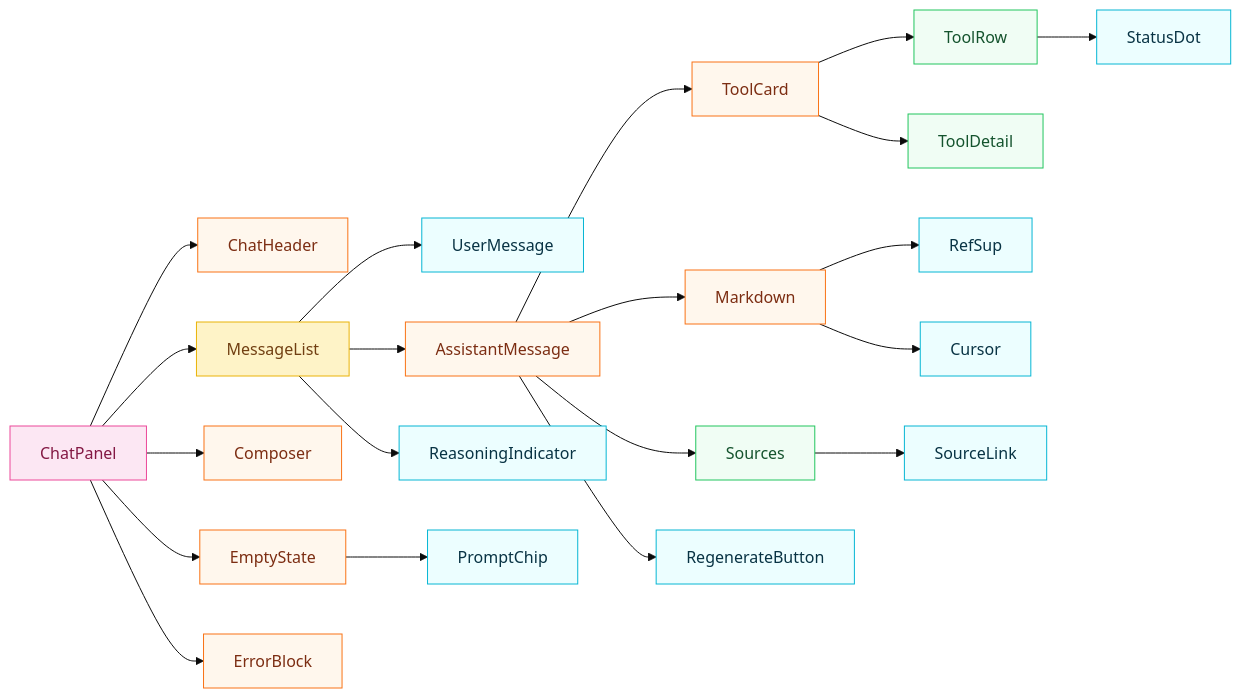
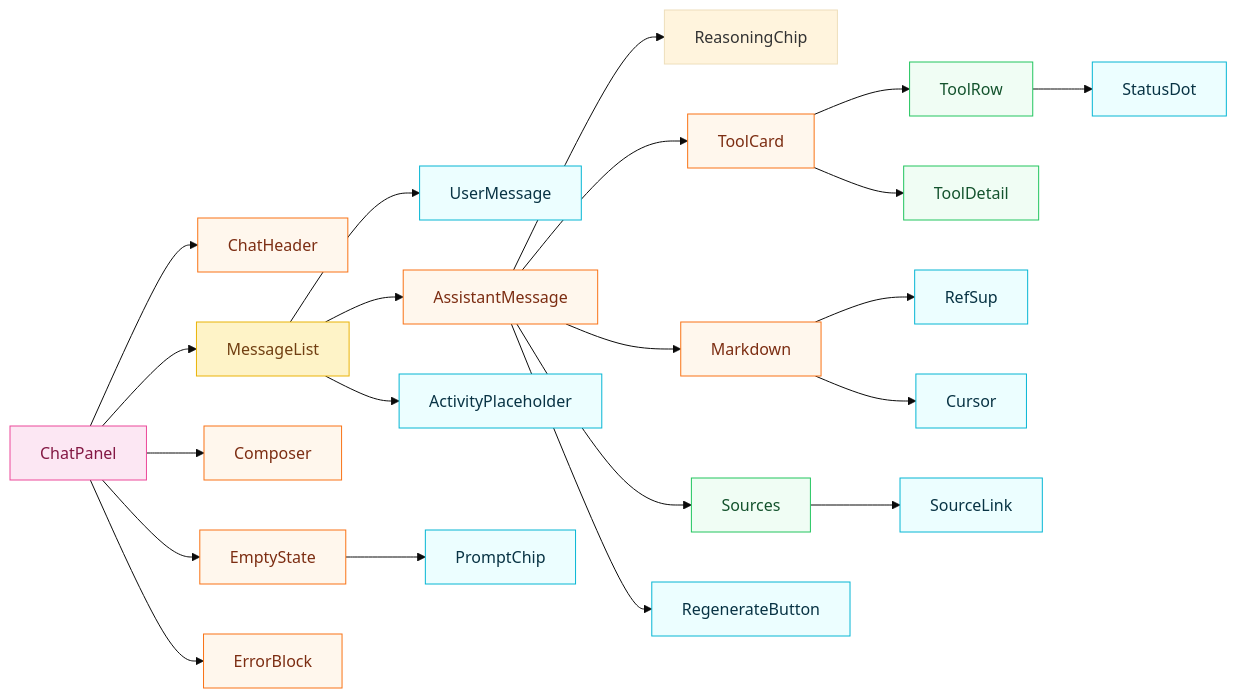
Before and after one commit to wei-yiting/fin-lab-x: the second of 4 diagrams in docs/frontend_chat_architecture.md, drawn with Mermaid (base theme). The commit also changed other lines of this file and 39 other files, not shown here.

First line of the commit message:
feat(frontend): reasoning chips + activity placeholder replace 19-state indicator (DEV-106 F6')

````diff
--- a/docs/frontend_chat_architecture.md
+++ b/docs/frontend_chat_architecture.md
@@ -93,40 +93,41 @@
 ```mermaid
 flowchart LR
     ChatPanel --> ChatHeader
     ChatPanel --> MessageList
     ChatPanel --> Composer
     ChatPanel --> EmptyState
     ChatPanel --> ErrorBlock
 
     MessageList --> UserMessage
     MessageList --> AssistantMessage
-    MessageList --> ReasoningIndicator
+    MessageList --> ActivityPlaceholder
 
+    AssistantMessage --> ReasoningChip
     AssistantMessage --> ToolCard
     AssistantMessage --> Markdown
     AssistantMessage --> Sources
     AssistantMessage --> RegenerateButton
 
     ToolCard --> ToolRow
     ToolCard --> ToolDetail
     ToolRow --> StatusDot
 
     Markdown --> RefSup
     Markdown --> Cursor
 
     Sources --> SourceLink
 
     EmptyState --> PromptChip
 
     classDef atomCls fill:#ecfeff,stroke:#06b6d4,color:#083344
     classDef moleculeCls fill:#f0fdf4,stroke:#22c55e,color:#14532d
     classDef organismCls fill:#fff7ed,stroke:#f97316,color:#7c2d12
     classDef templateCls fill:#fef3c7,stroke:#eab308,color:#713f12
     classDef pageCls fill:#fce7f3,stroke:#ec4899,color:#831843
 
-    class StatusDot,RefSup,Cursor,ReasoningIndicator,PromptChip,RegenerateButton,SourceLink,UserMessage atomCls
+    class StatusDot,RefSup,Cursor,ActivityPlaceholder,PromptChip,RegenerateButton,SourceLink,UserMessage atomCls
     class ToolRow,ToolDetail,Sources moleculeCls
     class ChatHeader,AssistantMessage,ToolCard,Markdown,ErrorBlock,Composer,EmptyState organismCls
     class MessageList templateCls
     class ChatPanel pageCls
 ```
````
